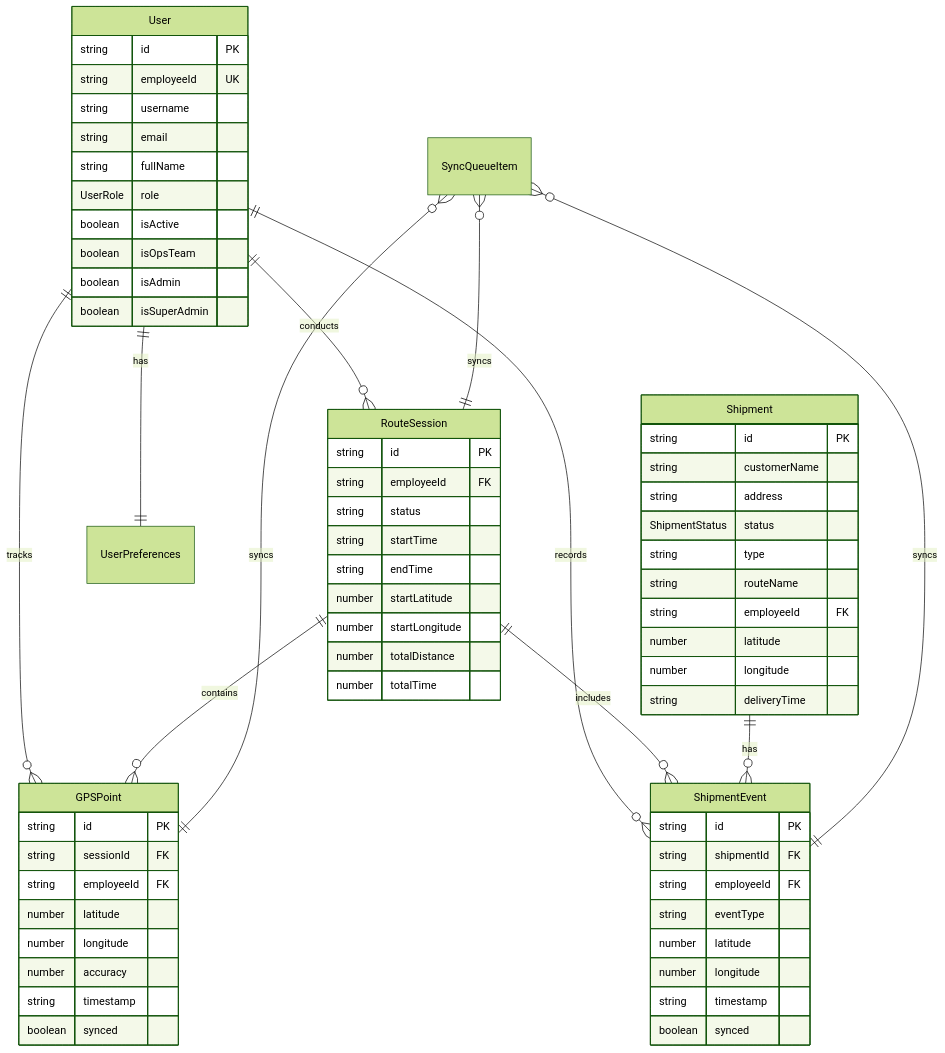
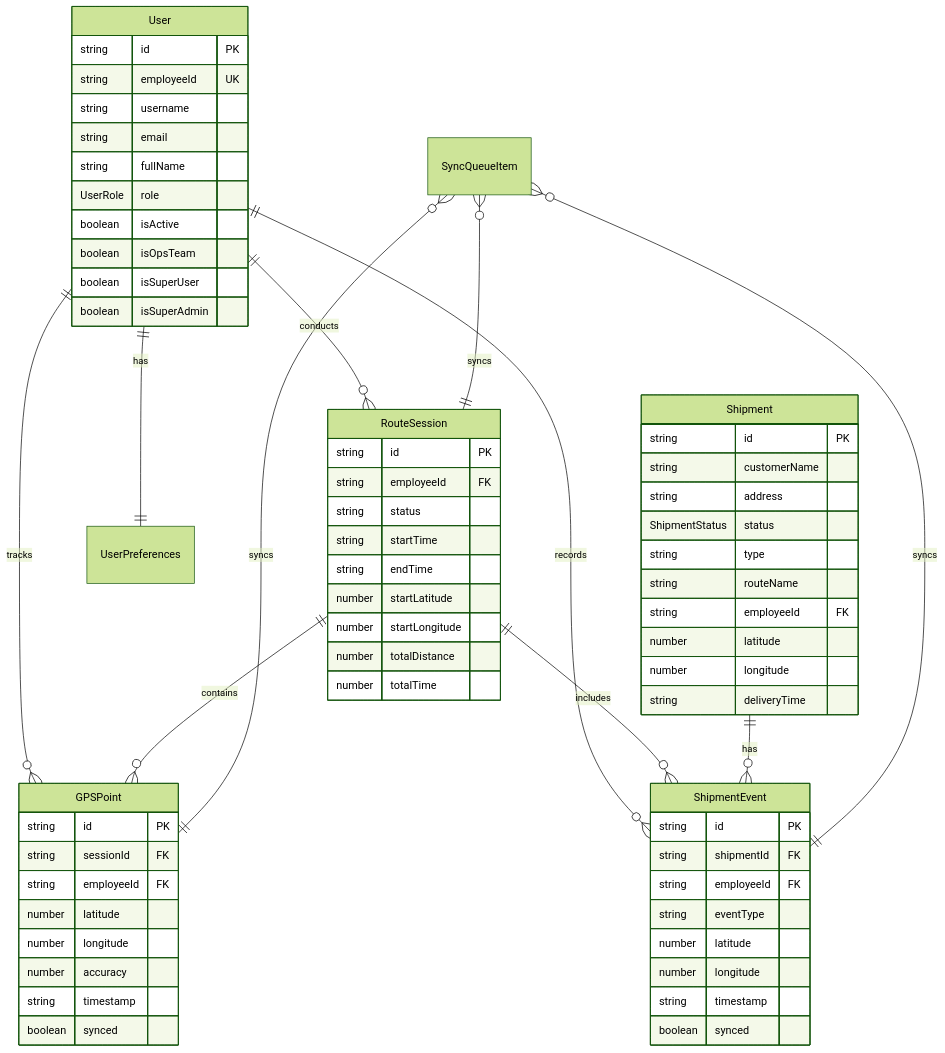
One commit to printo/RiderPro changed the diagram in docs/database-schema.md. Above: the diagram before and after it, drawn with Mermaid (forest theme). The commit also changed other lines of this file and 23 other files, not shown here.

````diff
--- a/docs/database-schema.md
+++ b/docs/database-schema.md
@@ -310,76 +310,76 @@
 ```mermaid
 erDiagram
     User ||--o{ RouteSession : conducts
     User ||--o{ ShipmentEvent : records
     User ||--o{ GPSPoint : tracks
     User ||--|| UserPreferences : has
     
     RouteSession ||--o{ GPSPoint : contains
     RouteSession ||--o{ ShipmentEvent : includes
     
     Shipment ||--o{ ShipmentEvent : has
     
     SyncQueueItem }o--|| GPSPoint : syncs
     SyncQueueItem }o--|| ShipmentEvent : syncs
     SyncQueueItem }o--|| RouteSession : syncs
     
     User {
         string id PK
         string employeeId UK
         string username
         string email
         string fullName
         UserRole role
         boolean isActive
         boolean isOpsTeam
-        boolean isAdmin
+        boolean isSuperUser
         boolean isSuperAdmin
     }
     
     Shipment {
         string id PK
         string customerName
         string address
         ShipmentStatus status
         string type
         string routeName
         string employeeId FK
         number latitude
         number longitude
         string deliveryTime
     }
     
     RouteSession {
         string id PK
         string employeeId FK
         string status
         string startTime
         string endTime
         number startLatitude
         number startLongitude
         number totalDistance
         number totalTime
     }
     
     GPSPoint {
         string id PK
         string sessionId FK
         string employeeId FK
         number latitude
         number longitude
         number accuracy
         string timestamp
         boolean synced
     }
     
     ShipmentEvent {
         string id PK
         string shipmentId FK
         string employeeId FK
         string eventType
         number latitude
         number longitude
         string timestamp
         boolean synced
     }
 ```
````
